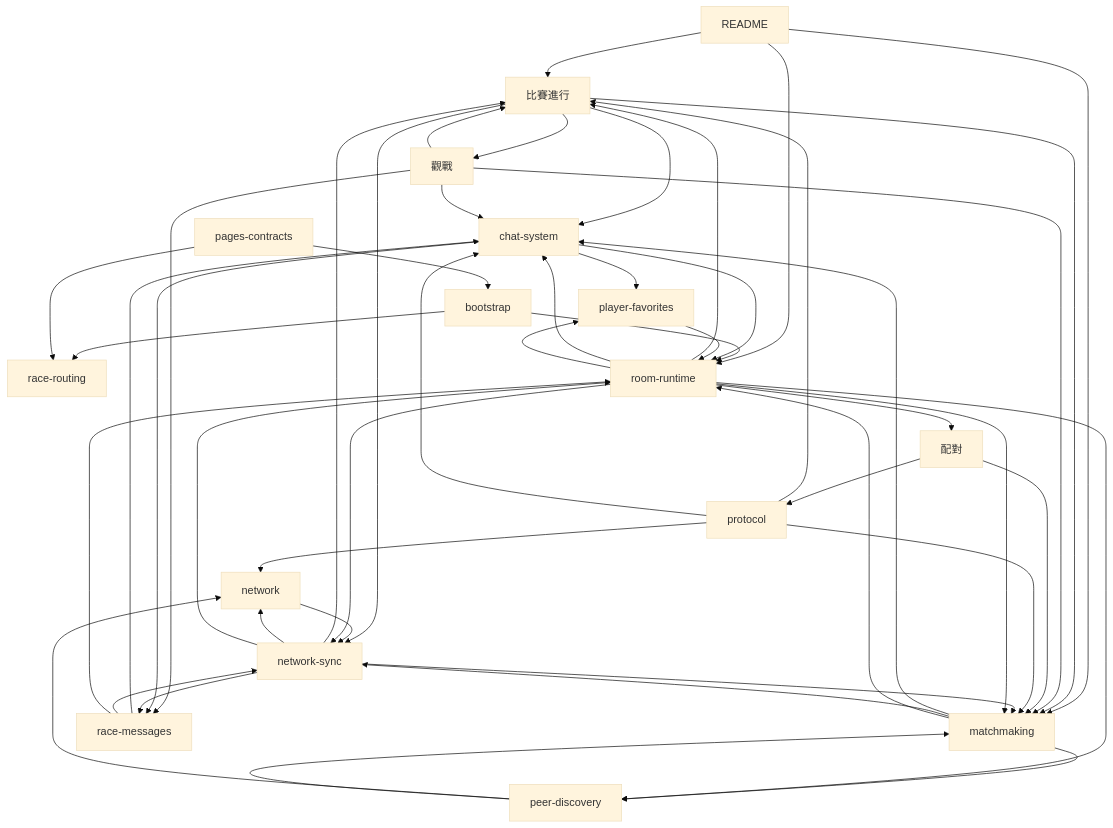
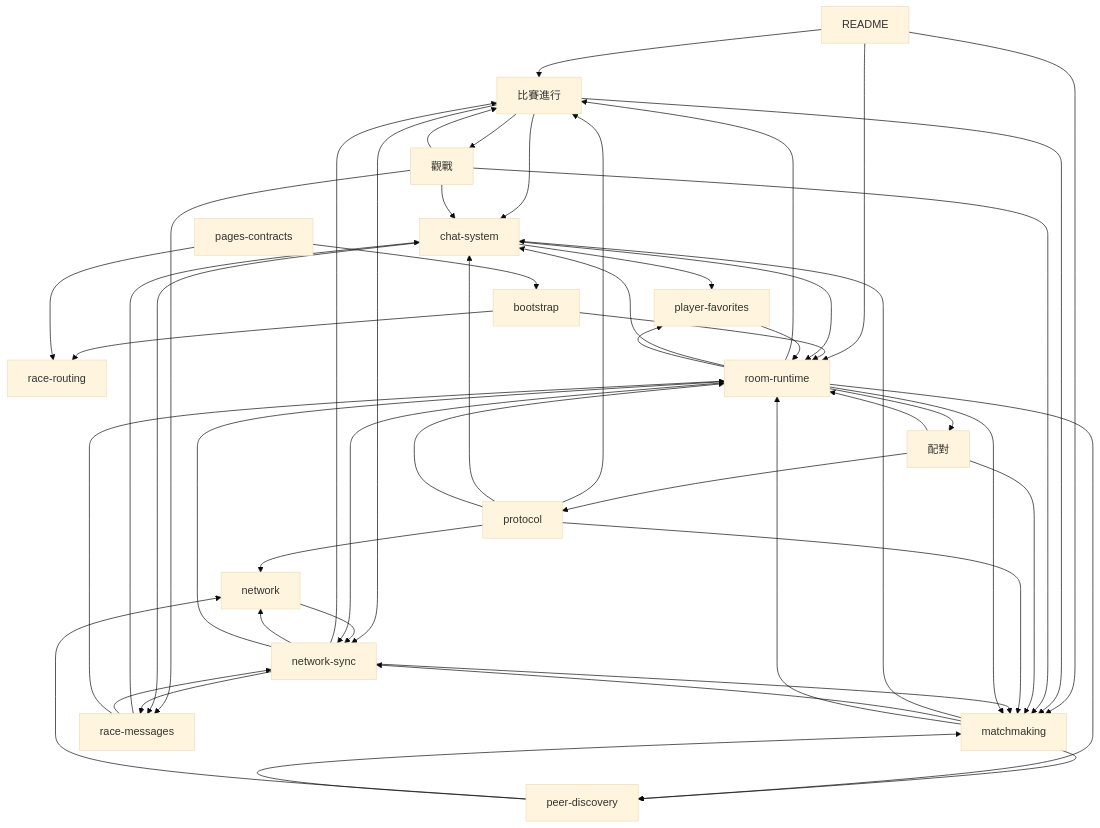
The eighth of 17 diagrams in docs-map.md (xjustloveux/open-4wd-specs), drawn with Mermaid (base theme) before and after one commit. The commit also changed other lines of this file and 37 other files, not shown here.

````diff
--- a/docs-map.md
+++ b/docs-map.md
@@ -409,66 +409,68 @@
 ```mermaid
 flowchart TB
   n0["README"]
   n1["比賽進行"]
   n2["觀戰"]
   n3["配對"]
   n4["network"]
   n5["protocol"]
   n6["bootstrap"]
   n7["chat-system"]
   n8["matchmaking"]
   n9["network-sync"]
   n10["pages-contracts"]
   n11["peer-discovery"]
   n12["player-favorites"]
   n13["race-messages"]
   n14["race-routing"]
   n15["room-runtime"]
   n0 --> n1
   n0 --> n8
   n0 --> n15
   n1 --> n2
   n1 --> n7
   n1 --> n8
   n1 --> n9
   n2 --> n1
   n2 --> n7
   n2 --> n8
   n2 --> n13
   n3 --> n5
   n3 --> n8
+  n3 --> n15
   n4 --> n9
   n5 --> n1
   n5 --> n4
   n5 --> n7
   n5 --> n8
+  n5 --> n15
   n6 --> n14
   n6 --> n15
   n7 --> n12
   n7 --> n13
   n7 --> n15
   n8 --> n7
   n8 --> n9
   n8 --> n11
   n8 --> n15
   n9 --> n1
   n9 --> n4
   n9 --> n8
   n9 --> n13
   n9 --> n15
   n10 --> n6
   n10 --> n14
   n11 --> n4
   n11 --> n8
   n12 --> n15
   n13 --> n7
   n13 --> n9
   n13 --> n15
   n15 --> n1
   n15 --> n3
   n15 --> n7
   n15 --> n8
   n15 --> n9
   n15 --> n11
   n15 --> n12
 ```
````
